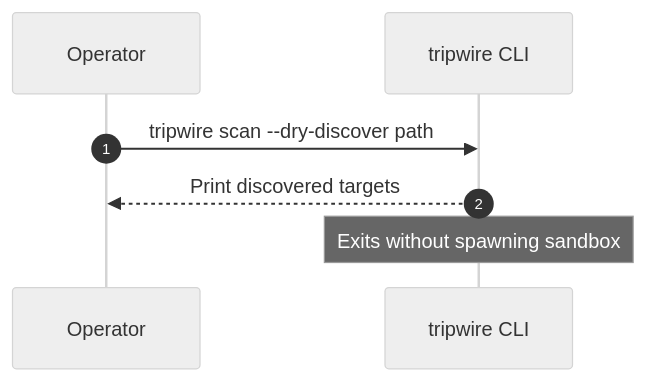
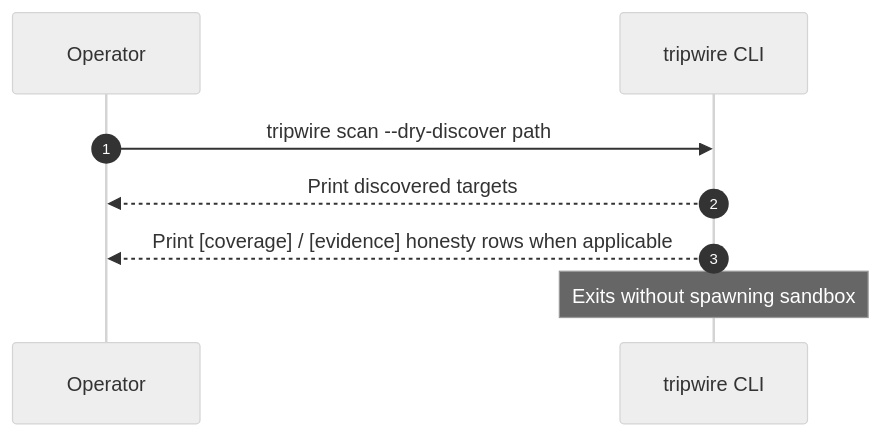
The fifth of 6 diagrams in docs/ARCHITECTURE.md (neomatrix369/tripwire), drawn with Mermaid (neutral theme) before and after one commit. The commit also changed 13 other files, not shown here.

````diff
--- a/docs/ARCHITECTURE.md
+++ b/docs/ARCHITECTURE.md
@@ -256,10 +256,11 @@
 ```mermaid
 sequenceDiagram
   autonumber
   participant Op as Operator
   participant CLI as tripwire CLI
 
   Op->>CLI: tripwire scan --dry-discover path
   CLI-->>Op: Print discovered targets
+  CLI-->>Op: Print [coverage] / [evidence] honesty rows when applicable
   Note over CLI: Exits without spawning sandbox
 ```
````
